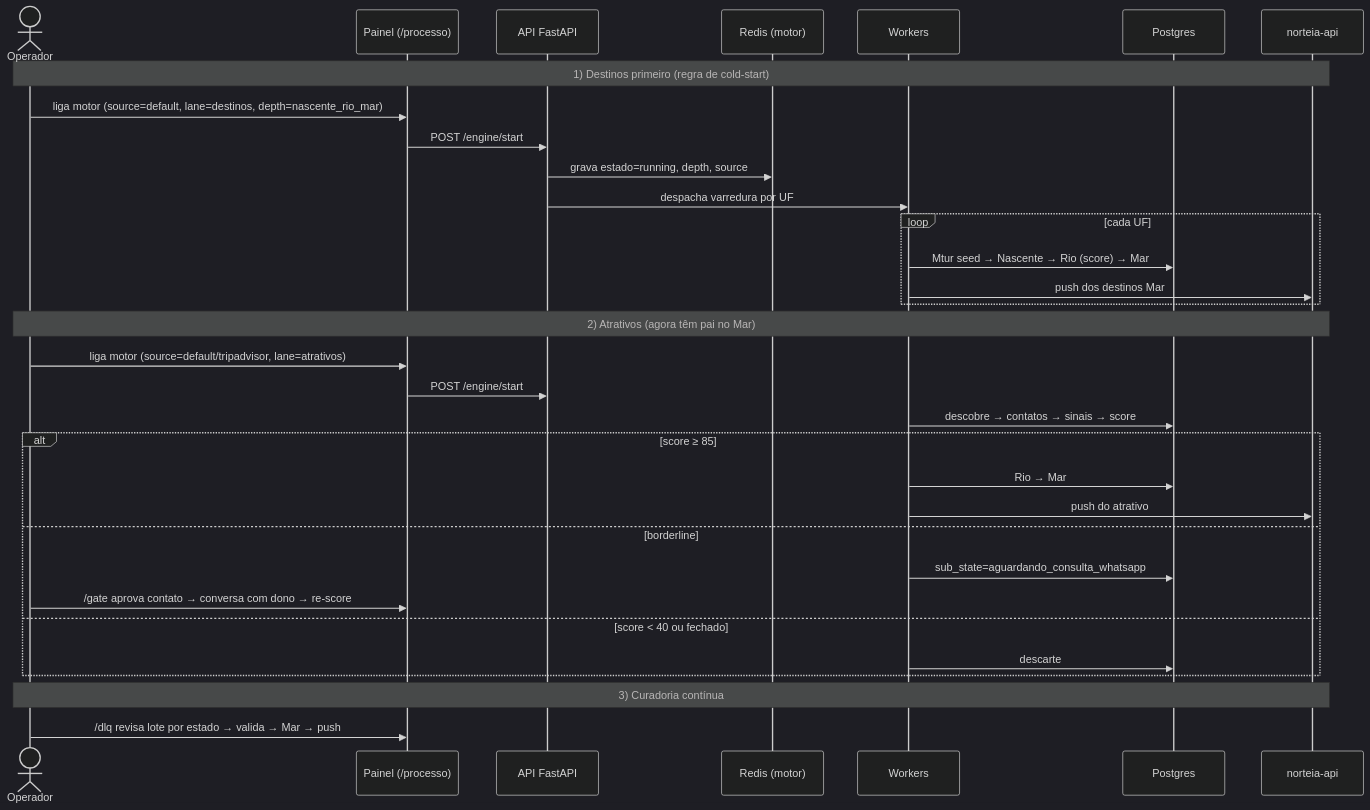
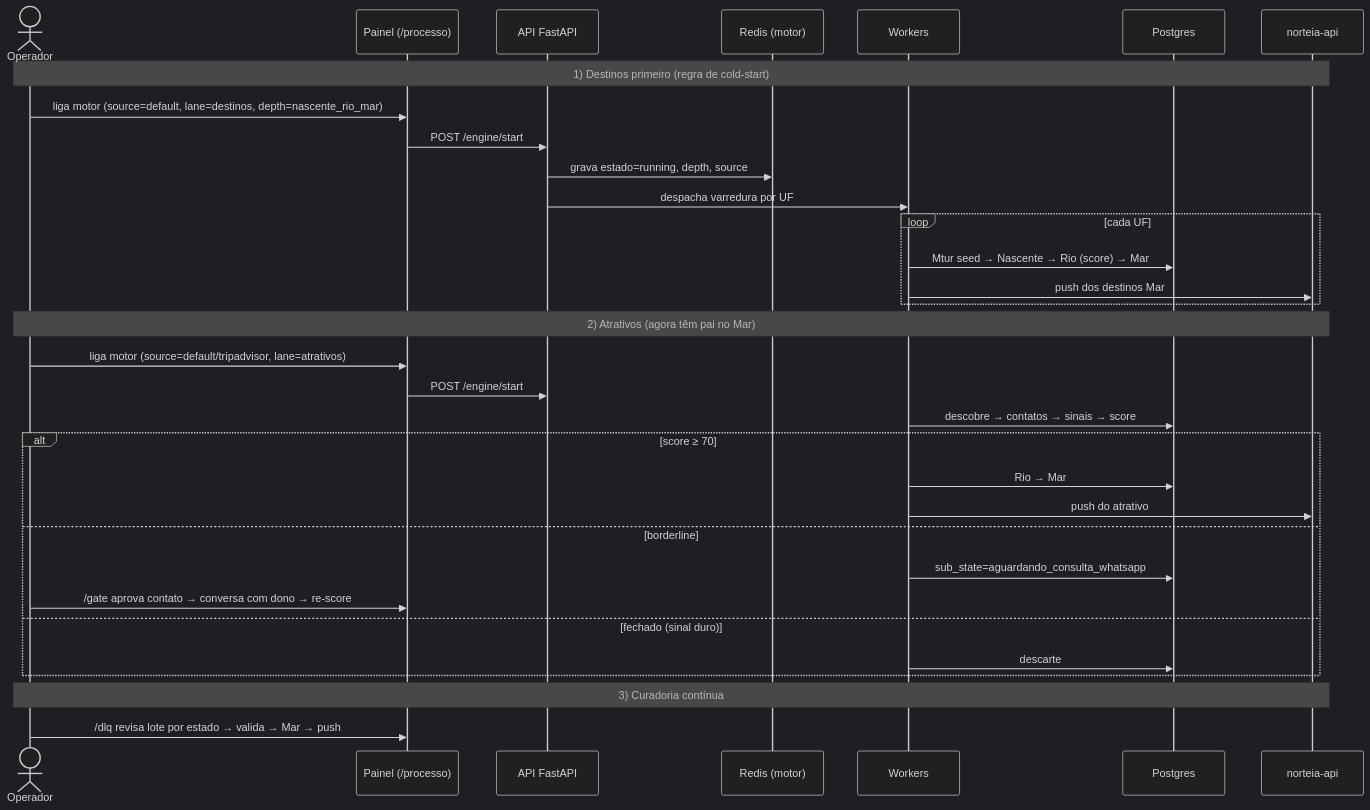
One commit to norteiadev/norteia-brave changed the eighth of 8 diagrams in docs/FLUXO-BRAVE.md. Above: the diagram before and after it, drawn with Mermaid (dark theme). The commit also changed other lines of this file and 15 other files, not shown here.

````diff
--- a/docs/FLUXO-BRAVE.md
+++ b/docs/FLUXO-BRAVE.md
@@ -421,37 +420,37 @@
 ```mermaid
 sequenceDiagram
     actor OP as Operador
     participant P as Painel (/processo)
     participant API as API FastAPI
     participant RED as Redis (motor)
     participant WK as Workers
     participant PG as Postgres
     participant NAPI as norteia-api
 
     Note over OP,NAPI: 1) Destinos primeiro (regra de cold-start)
     OP->>P: liga motor (source=default, lane=destinos, depth=nascente_rio_mar)
     P->>API: POST /engine/start
     API->>RED: grava estado=running, depth, source
     API->>WK: despacha varredura por UF
     loop cada UF
         WK->>PG: Mtur seed → Nascente → Rio (score) → Mar
         WK->>NAPI: push dos destinos Mar
     end
 
     Note over OP,NAPI: 2) Atrativos (agora têm pai no Mar)
     OP->>P: liga motor (source=default/tripadvisor, lane=atrativos)
     P->>API: POST /engine/start
     WK->>PG: descobre → contatos → sinais → score
-    alt score ≥ 85
+    alt score ≥ 70
         WK->>PG: Rio → Mar
         WK->>NAPI: push do atrativo
     else borderline
         WK->>PG: sub_state=aguardando_consulta_whatsapp
         OP->>P: /gate aprova contato → conversa com dono → re-score
-    else score < 40 ou fechado
+    else fechado (sinal duro)
         WK->>PG: descarte
     end
 
     Note over OP,NAPI: 3) Curadoria contínua
     OP->>P: /dlq revisa lote por estado → valida → Mar → push
 ```
````
